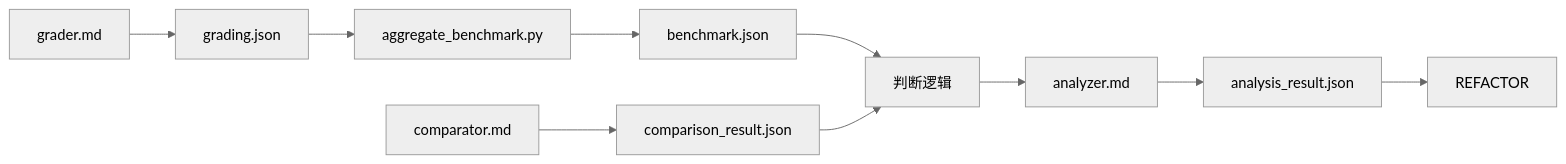
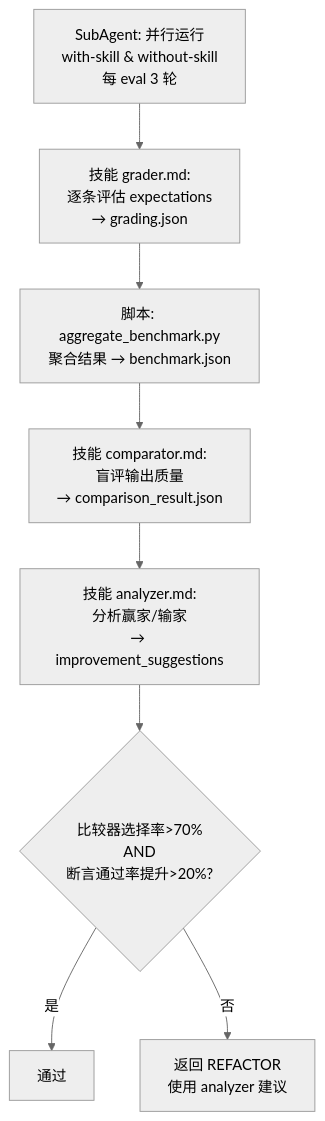
One commit to Z-JaDe/meta-skill changed the fourth of 4 diagrams in skills/meta-skill/SKILL.md. Above: the diagram before and after it, drawn with Mermaid (neutral theme). The commit also changed other lines of this file and 1 other file, not shown here.

First line of the commit message:
refactor: streamline meta-skill and ai-doc-optimizer docs

````diff
--- a/skills/meta-skill/SKILL.md
+++ b/skills/meta-skill/SKILL.md
@@ -243,12 +163,10 @@
 ```mermaid
-flowchart LR
-    G[grader.md] --> GJ[grading.json]
-    GJ --> AB[aggregate_benchmark.py]
-    AB --> BJ[benchmark.json]
-    C[comparator.md] --> CJ[comparison_result.json]
-    BJ --> JL[判断逻辑]
-    CJ --> JL
-    JL --> A[analyzer.md]
-    A --> AJ[analysis_result.json]
-    AJ --> R[REFACTOR]
+flowchart TD
+    S1[SubAgent: 并行运行<br/>with-skill & without-skill<br/>每 eval 3 轮] --> S2[技能 grader.md:<br/>逐条评估 expectations<br/>→ grading.json]
+    S2 --> S3[脚本: aggregate_benchmark.py<br/>聚合结果 → benchmark.json]
+    S3 --> S4[技能 comparator.md:<br/>盲评输出质量<br/>→ comparison_result.json]
+    S4 --> S5[技能 analyzer.md:<br/>分析赢家/输家<br/>→ improvement_suggestions]
+    S5 --> S6{比较器选择率>70%<br/>AND<br/>断言通过率提升>20%?}
+    S6 -->|是| Pass[通过]
+    S6 -->|否| Refactor[返回 REFACTOR<br/>使用 analyzer 建议]
 ```
````
